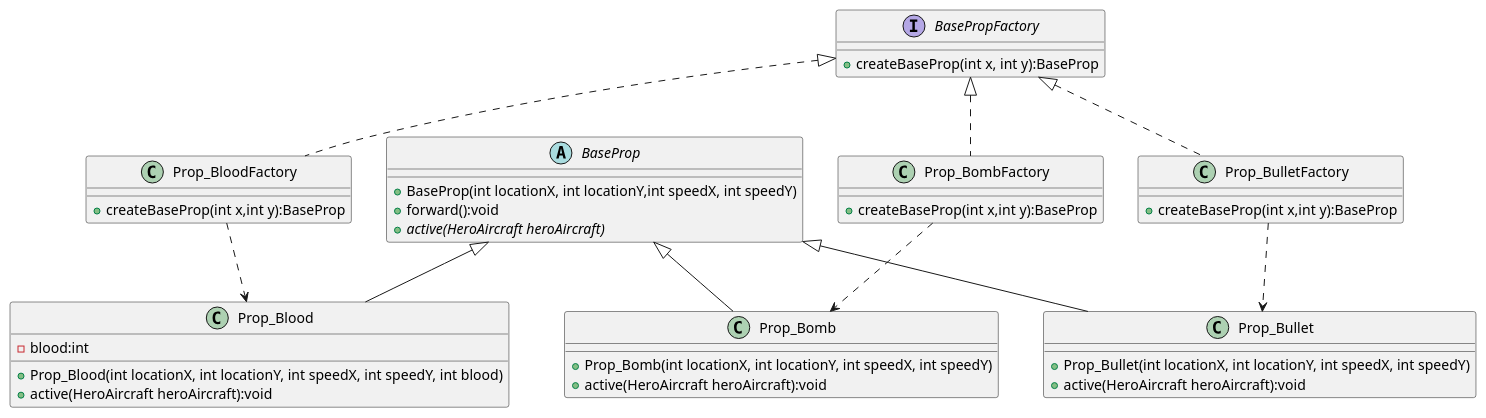
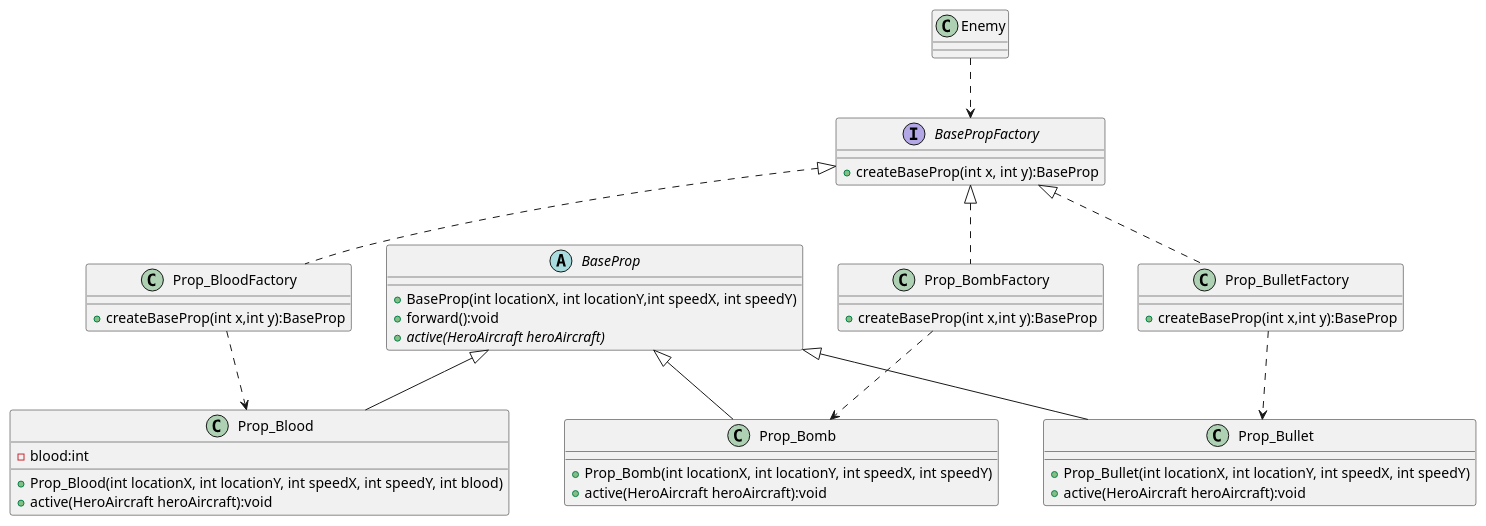
The diagram in uml/BasePropFactory.puml (fanlile/AircraftWar), drawn with PlantUML before and after one commit. The commit also changed 29 other files, not shown here.

```diff
--- a/uml/BasePropFactory.puml
+++ b/uml/BasePropFactory.puml
@@ -1,56 +1,62 @@
 @startuml
+class Enemy {
+
+}
+
+Enemy ..> BasePropFactory
+
 abstract class BaseProp {
     + BaseProp(int locationX, int locationY,int speedX, int speedY)
     + forward():void
     + {abstract} active(HeroAircraft heroAircraft)
 }
 
 interface BasePropFactory {
     + createBaseProp(int x, int y):BaseProp
 }
 
 class Prop_Blood {
     - blood:int
     + Prop_Blood(int locationX, int locationY, int speedX, int speedY, int blood)
     + active(HeroAircraft heroAircraft):void
 }
 
 BaseProp <|-- Prop_Blood
 
 class Prop_BloodFactory {
     + createBaseProp(int x,int y):BaseProp
 }
 
 BasePropFactory <|.. Prop_BloodFactory
 Prop_BloodFactory ..> Prop_Blood
 
 class Prop_Bomb {
     + Prop_Bomb(int locationX, int locationY, int speedX, int speedY)
     + active(HeroAircraft heroAircraft):void
 }
 
 BaseProp <|-- Prop_Bomb
 
 class Prop_BombFactory {
     + createBaseProp(int x,int y):BaseProp
 }
 
 BasePropFactory <|.. Prop_BombFactory
 Prop_BombFactory ..> Prop_Bomb
 
 class Prop_Bullet {
     + Prop_Bullet(int locationX, int locationY, int speedX, int speedY)
     + active(HeroAircraft heroAircraft):void
 }
 
 BaseProp <|-- Prop_Bullet
 
 class Prop_BulletFactory {
     + createBaseProp(int x,int y):BaseProp
 }
 
 BasePropFactory <|.. Prop_BulletFactory
 Prop_BulletFactory ..> Prop_Bullet
 
 
 @enduml
```
